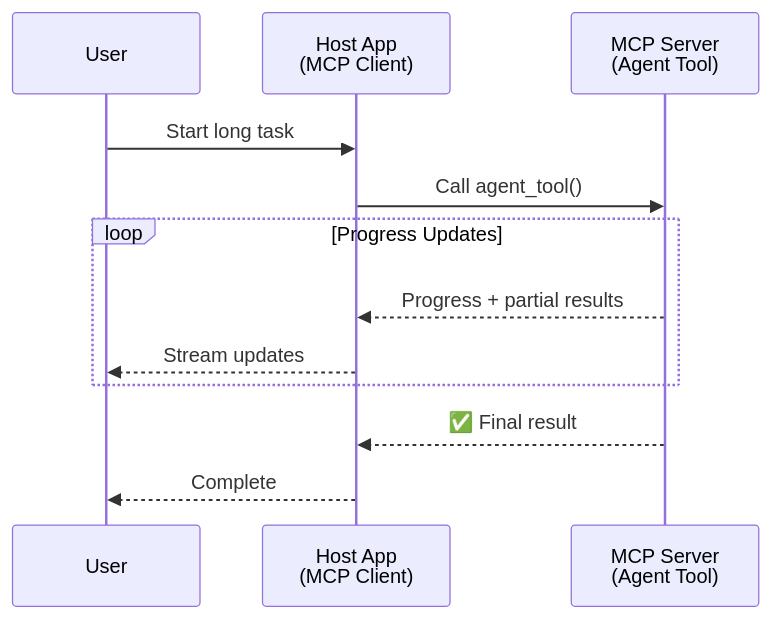
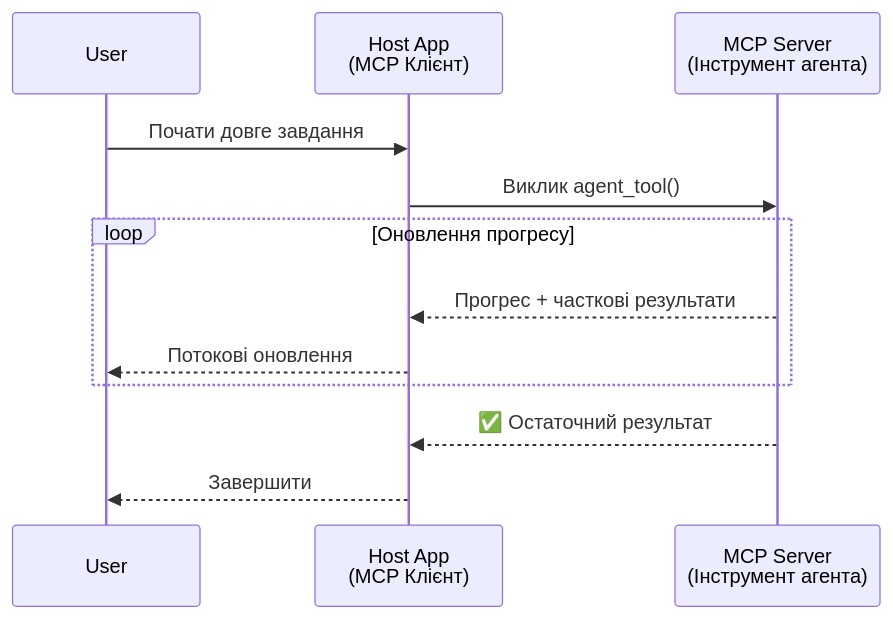
Before and after one commit to microsoft/ai-agents-for-beginners: the first of 5 diagrams in translations/uk/11-agentic-protocols/code_samples/mcp-agents/README.md, drawn with Mermaid. The commit also changed other lines of this file and 225 other files, not shown here.

````diff
--- a/translations/uk/11-agentic-protocols/code_samples/mcp-agents/README.md
+++ b/translations/uk/11-agentic-protocols/code_samples/mcp-agents/README.md
@@ -46,17 +46,17 @@
 ```mermaid
 sequenceDiagram
     participant User
-    participant Host as Host App<br/>(MCP Client)
-    participant Server as MCP Server<br/>(Agent Tool)
+    participant Host as Host App<br/>(MCP Клієнт)
+    participant Server as MCP Server<br/>(Інструмент агента)
 
-    User->>Host: Start long task
-    Host->>Server: Call agent_tool()
+    User->>Host: Почати довге завдання
+    Host->>Server: Виклик agent_tool()
 
-    loop Progress Updates
-        Server-->>Host: Progress + partial results
-        Host-->>User: Stream updates
+    loop Оновлення прогресу
+        Server-->>Host: Прогрес + часткові результати
+        Host-->>User: Потокові оновлення
     end
 
-    Server-->>Host: ✅ Final result
-    Host-->>User: Complete
+    Server-->>Host: ✅ Остаточний результат
+    Host-->>User: Завершити
 ```
````
